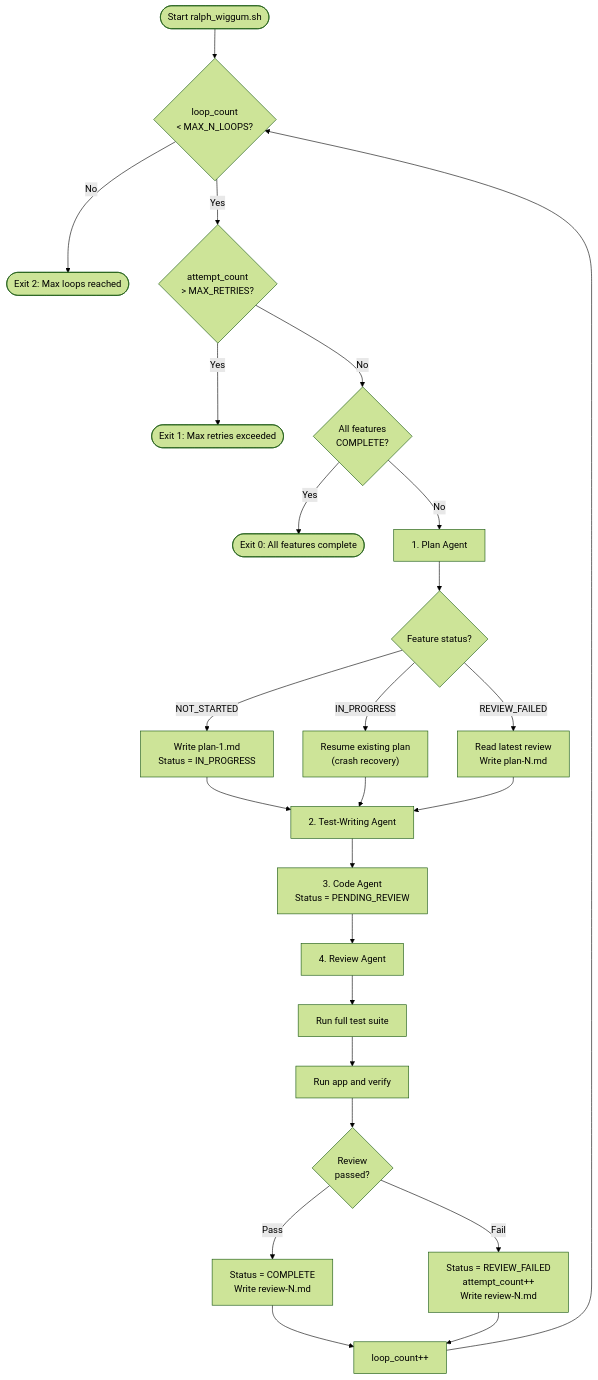
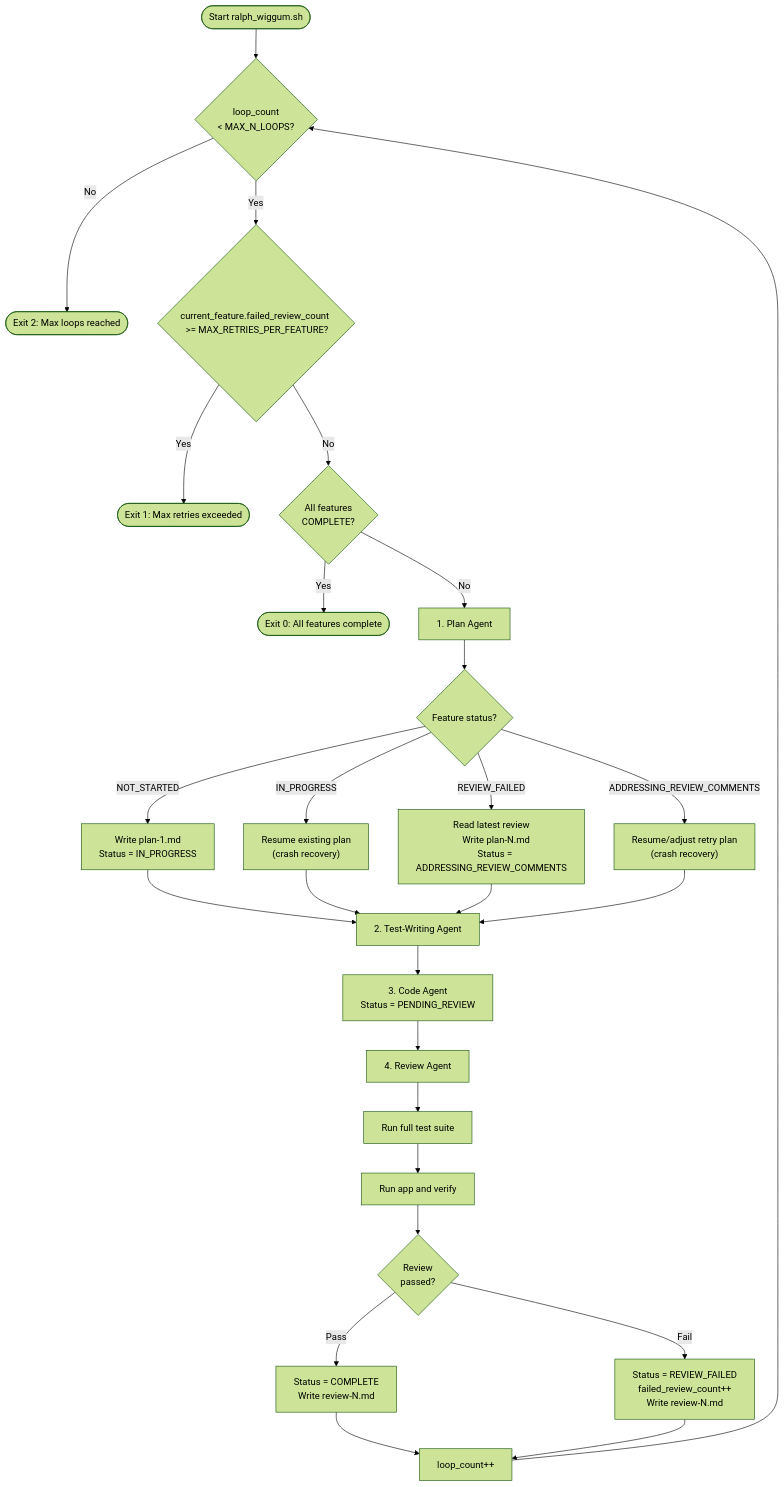
One commit to J-sephB-lt-n/ralph-wiggum changed the diagram in README.md. Above: the diagram before and after it, drawn with Mermaid (forest theme). The commit also changed other lines of this file and 1 other file, not shown here.

Commit message:
refactor(README.md-features_list.json): addressed some logical shortcomings of the previous plan

````diff
--- a/README.md
+++ b/README.md
@@ -92,40 +101,44 @@
 ```mermaid
 flowchart TD
     Start([Start ralph_wiggum.sh]) --> CheckLoops{loop_count <br> < MAX_N_LOOPS?}
 
     CheckLoops -- No --> ExitLoops([Exit 2: Max loops reached])
-    CheckLoops -- Yes --> CheckRetries{attempt_count <br> > MAX_RETRIES?}
+    CheckLoops -- Yes --> CheckRetries{current_feature.failed_review_count <br> >= MAX_RETRIES_PER_FEATURE?}
     CheckRetries -- Yes --> ExitRetries([Exit 1: Max retries exceeded])
     CheckRetries -- No --> CheckComplete{All features <br> COMPLETE?}
     CheckComplete -- Yes --> ExitDone([Exit 0: All features complete])
     CheckComplete -- No --> Plan
 
     Plan[1. Plan Agent] --> PlanBranch{Feature status?}
     PlanBranch -- NOT_STARTED --> NewPlan["Write plan-1.md
     Status = IN_PROGRESS"]
     PlanBranch -- IN_PROGRESS --> Resume["Resume existing plan
     (crash recovery)"]
     PlanBranch -- REVIEW_FAILED --> Replan["Read latest review
-    Write plan-N.md"]
+    Write plan-N.md
+    Status = ADDRESSING_REVIEW_COMMENTS"]
+    PlanBranch -- ADDRESSING_REVIEW_COMMENTS --> ResumeRetry["Resume/adjust retry plan
+    (crash recovery)"]
 
     NewPlan --> Test
     Resume --> Test
     Replan --> Test
+    ResumeRetry --> Test
 
     Test[2. Test-Writing Agent] --> Code["3. Code Agent
     Status = PENDING_REVIEW"]
     Code --> Review[4. Review Agent]
 
     Review --> RunTests[Run full test suite]
     RunTests --> TryApp[Run app and verify]
     TryApp --> Result{Review <br> passed?}
     Result -- Pass --> Pass["Status = COMPLETE
     Write review-N.md"]
     Result -- Fail --> Fail["Status = REVIEW_FAILED
-    attempt_count++
+    failed_review_count++
     Write review-N.md"]
 
     Pass --> IncLoop[loop_count++]
     Fail --> IncLoop
     IncLoop --> CheckLoops
 ```
````
